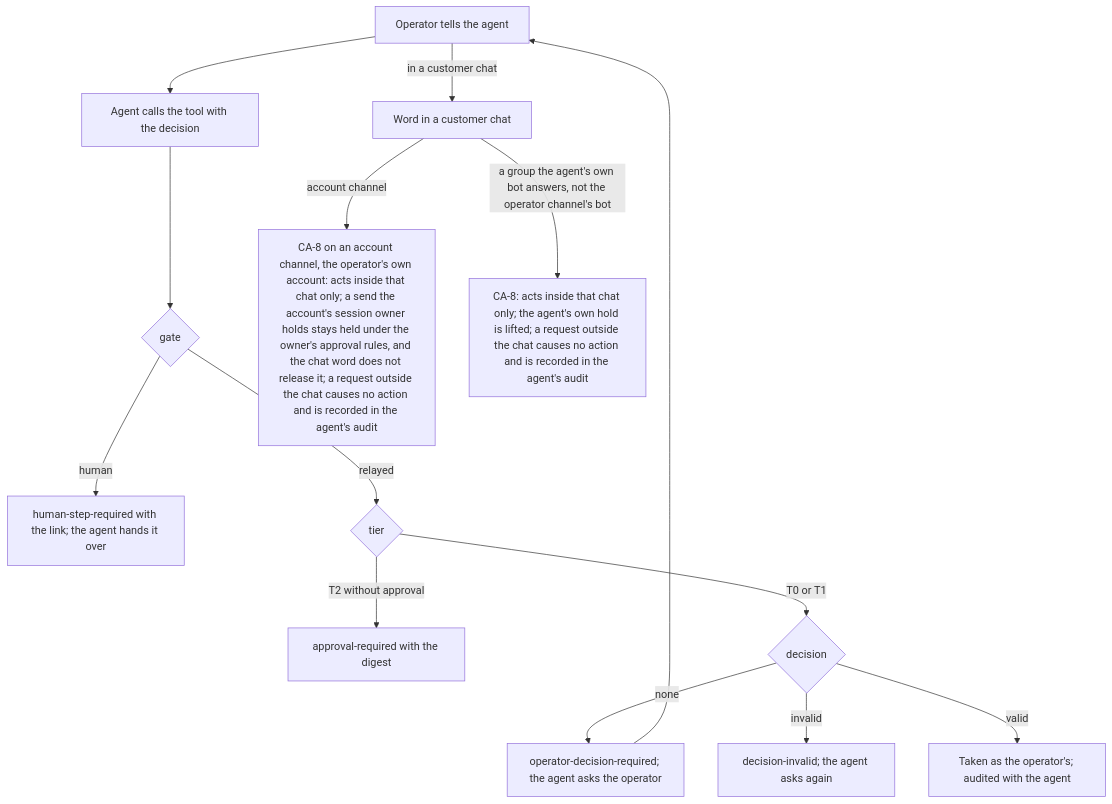
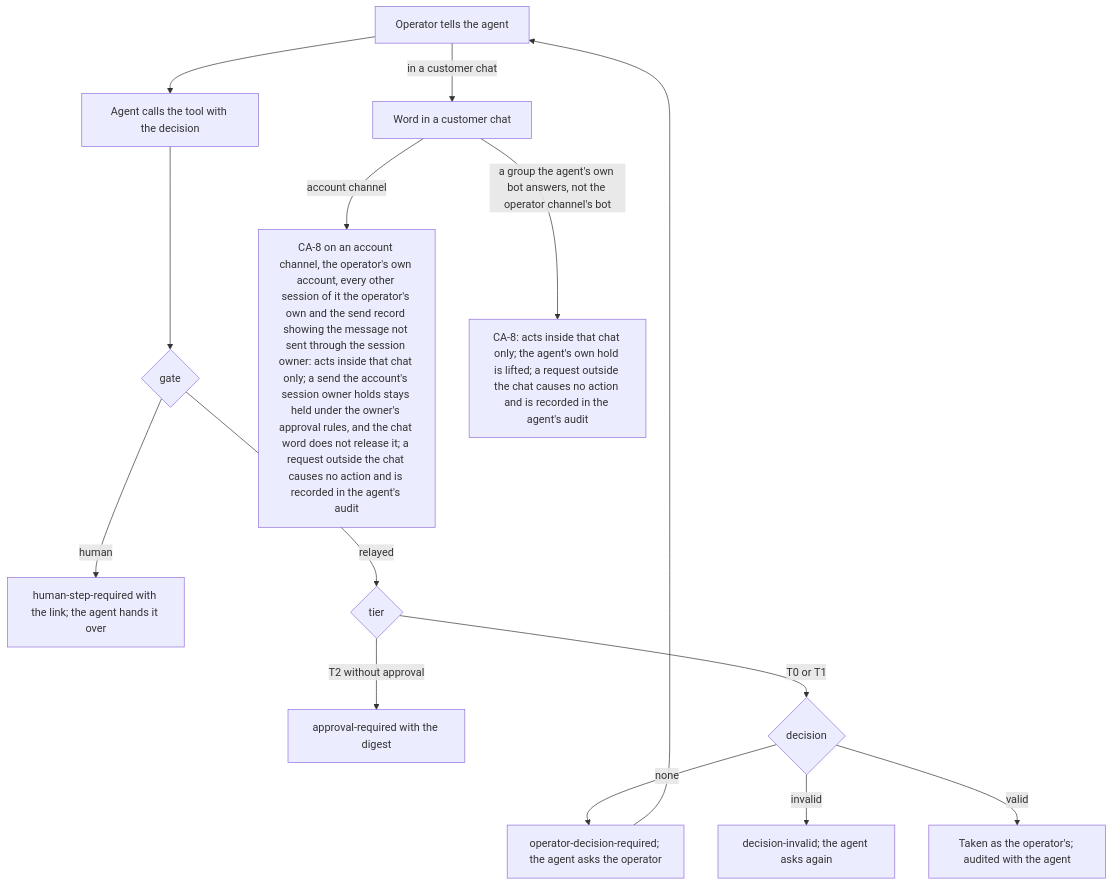
Before and after one commit to passioncode-ai/fabric-agent-contract: diagram 29 of 34 in docs/ux/flows.md, drawn with Mermaid. The commit also changed 12 other files, not shown here.

````diff
--- a/docs/ux/flows.md
+++ b/docs/ux/flows.md
@@ -745,16 +745,16 @@
 ```mermaid
 flowchart TD
   O[Operator tells the agent] --> C[Agent calls the tool with the decision]
   C --> G{gate}
   G -->|human| H[human-step-required with the link; the agent hands it over]
   G -->|relayed| T{tier}
   T -->|T2 without approval| A[approval-required with the digest]
   T -->|T0 or T1| D{decision}
   D -->|none| Q[operator-decision-required; the agent asks the operator]
   Q --> O
   D -->|invalid| I[decision-invalid; the agent asks again]
   D -->|valid| R[Taken as the operator's; audited with the agent]
   O -->|in a customer chat| W[Word in a customer chat]
-  W -->|account channel| K[CA-8 on an account channel, the operator's own account: acts inside that chat only; a send the account's session owner holds stays held under the owner's approval rules, and the chat word does not release it; a request outside the chat causes no action and is recorded in the agent's audit]
+  W -->|account channel| K[CA-8 on an account channel, the operator's own account, every other session of it the operator's own and the send record showing the message not sent through the session owner: acts inside that chat only; a send the account's session owner holds stays held under the owner's approval rules, and the chat word does not release it; a request outside the chat causes no action and is recorded in the agent's audit]
   W -->|a group the agent's own bot answers, not the operator channel's bot| B[CA-8: acts inside that chat only; the agent's own hold is lifted; a request outside the chat causes no action and is recorded in the agent's audit]
 ```
````
